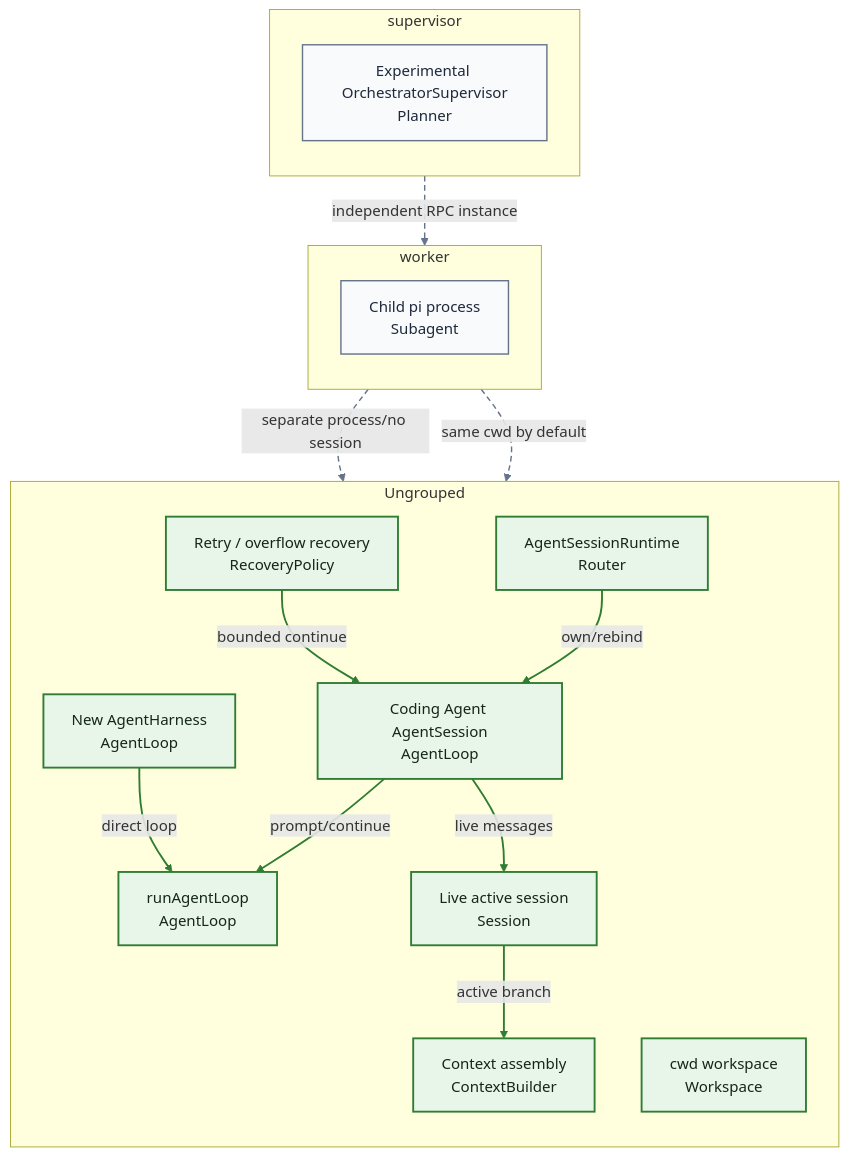
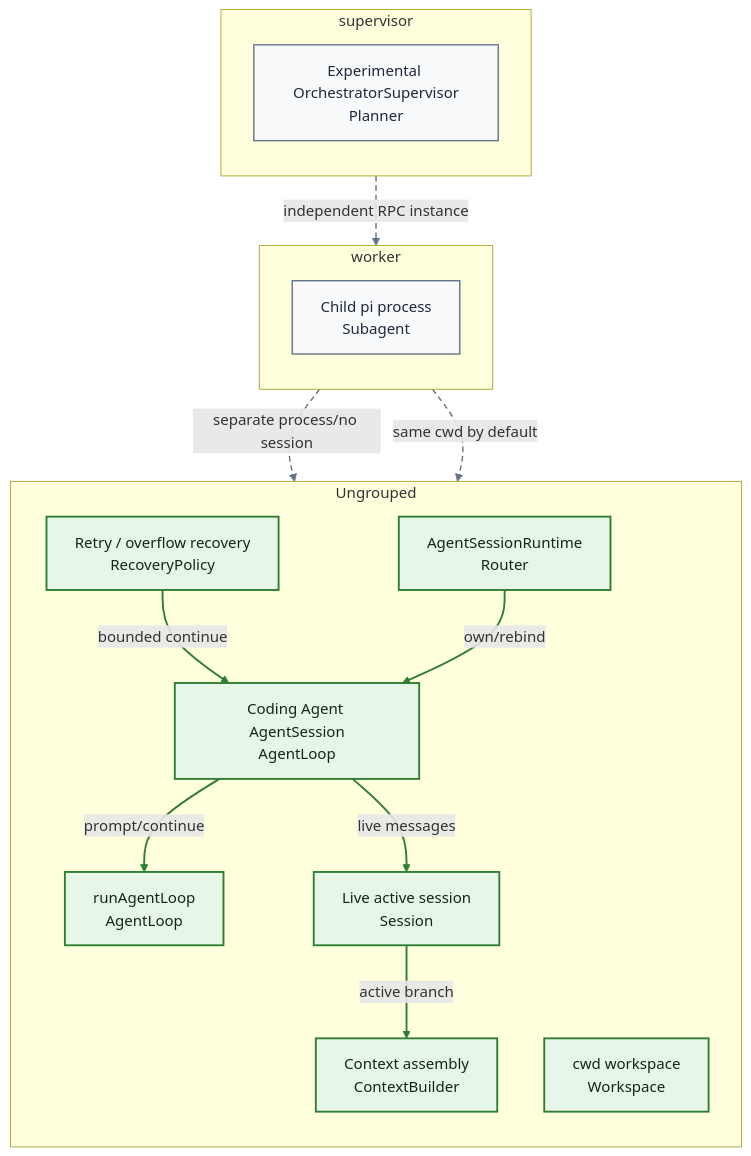
One commit to IcyFeather233/awesome-harness-analysis changed the diagram in pi-harness-analysis/diagrams/subagent-topology.mmd. Above: the diagram before and after it, drawn with Mermaid. The commit also changed 107 other files, not shown here.

```diff
--- a/pi-harness-analysis/diagrams/subagent-topology.mmd
+++ b/pi-harness-analysis/diagrams/subagent-topology.mmd
@@ -1,46 +1,43 @@
 flowchart TB
   %% Subagent Topology
   classDef observed fill:#E8F5E9,stroke:#2E7D32,color:#14261A,stroke-width:2px;
   classDef staticOnly fill:#F8FAFC,stroke:#64748B,color:#1E293B,stroke-width:1.5px;
   classDef inferred fill:#FFF7ED,stroke:#B45309,color:#431407,stroke-width:1.5px;
   classDef conflicted fill:#FEF2F2,stroke:#B91C1C,color:#450A0A,stroke-width:2.5px;
   classDef unknown fill:#F8FAFC,stroke:#94A3B8,color:#475569,stroke-width:1.5px;
   subgraph g_0146b2da27ba["Ungrouped"]
     direction TB
     n_825e7b7c4e51["Coding Agent AgentSession<br/>AgentLoop"]
-    n_546fb0dae98a["New AgentHarness<br/>AgentLoop"]
     n_1f48ee0d4fd8["runAgentLoop<br/>AgentLoop"]
     n_3af45ee25e84["Context assembly<br/>ContextBuilder"]
     n_c1d0b90b4198["Retry / overflow recovery<br/>RecoveryPolicy"]
     n_cb9c10e1a22e["AgentSessionRuntime<br/>Router"]
     n_6fad310cfe27["Live active session<br/>Session"]
     n_94fdf21bba59["cwd workspace<br/>Workspace"]
   end
   subgraph g_746fcedd9fd1["supervisor"]
     direction TB
     n_156b03ba3464["Experimental OrchestratorSupervisor<br/>Planner"]
   end
   subgraph g_62b364fe6a4d["worker"]
     direction TB
     n_deaa5a1626b3["Child pi process<br/>Subagent"]
   end
-  class n_825e7b7c4e51,n_546fb0dae98a,n_1f48ee0d4fd8,n_3af45ee25e84,n_c1d0b90b4198,n_cb9c10e1a22e,n_6fad310cfe27,n_94fdf21bba59 observed;
+  class n_825e7b7c4e51,n_1f48ee0d4fd8,n_3af45ee25e84,n_c1d0b90b4198,n_cb9c10e1a22e,n_6fad310cfe27,n_94fdf21bba59 observed;
   class n_156b03ba3464,n_deaa5a1626b3 staticOnly;
-  n_546fb0dae98a -->|"direct loop"| n_1f48ee0d4fd8
   n_825e7b7c4e51 -->|"prompt/continue"| n_1f48ee0d4fd8
   n_825e7b7c4e51 -->|"live messages"| n_6fad310cfe27
   n_156b03ba3464 -.->|"independent RPC instance"| n_deaa5a1626b3
   n_c1d0b90b4198 -->|"bounded continue"| n_825e7b7c4e51
   n_6fad310cfe27 -->|"active branch"| n_3af45ee25e84
   n_cb9c10e1a22e -->|"own/rebind"| n_825e7b7c4e51
   n_deaa5a1626b3 -.->|"separate process/no session"| n_825e7b7c4e51
   n_deaa5a1626b3 -.->|"same cwd by default"| n_94fdf21bba59
   linkStyle 0 stroke:#2E7D32,stroke-width:2px;
   linkStyle 1 stroke:#2E7D32,stroke-width:2px;
-  linkStyle 2 stroke:#2E7D32,stroke-width:2px;
-  linkStyle 3 stroke:#64748B,stroke-width:1.5px,stroke-dasharray:6 4;
+  linkStyle 2 stroke:#64748B,stroke-width:1.5px,stroke-dasharray:6 4;
+  linkStyle 3 stroke:#2E7D32,stroke-width:2px;
   linkStyle 4 stroke:#2E7D32,stroke-width:2px;
   linkStyle 5 stroke:#2E7D32,stroke-width:2px;
-  linkStyle 6 stroke:#2E7D32,stroke-width:2px;
+  linkStyle 6 stroke:#64748B,stroke-width:1.5px,stroke-dasharray:6 4;
   linkStyle 7 stroke:#64748B,stroke-width:1.5px,stroke-dasharray:6 4;
-  linkStyle 8 stroke:#64748B,stroke-width:1.5px,stroke-dasharray:6 4;
```
